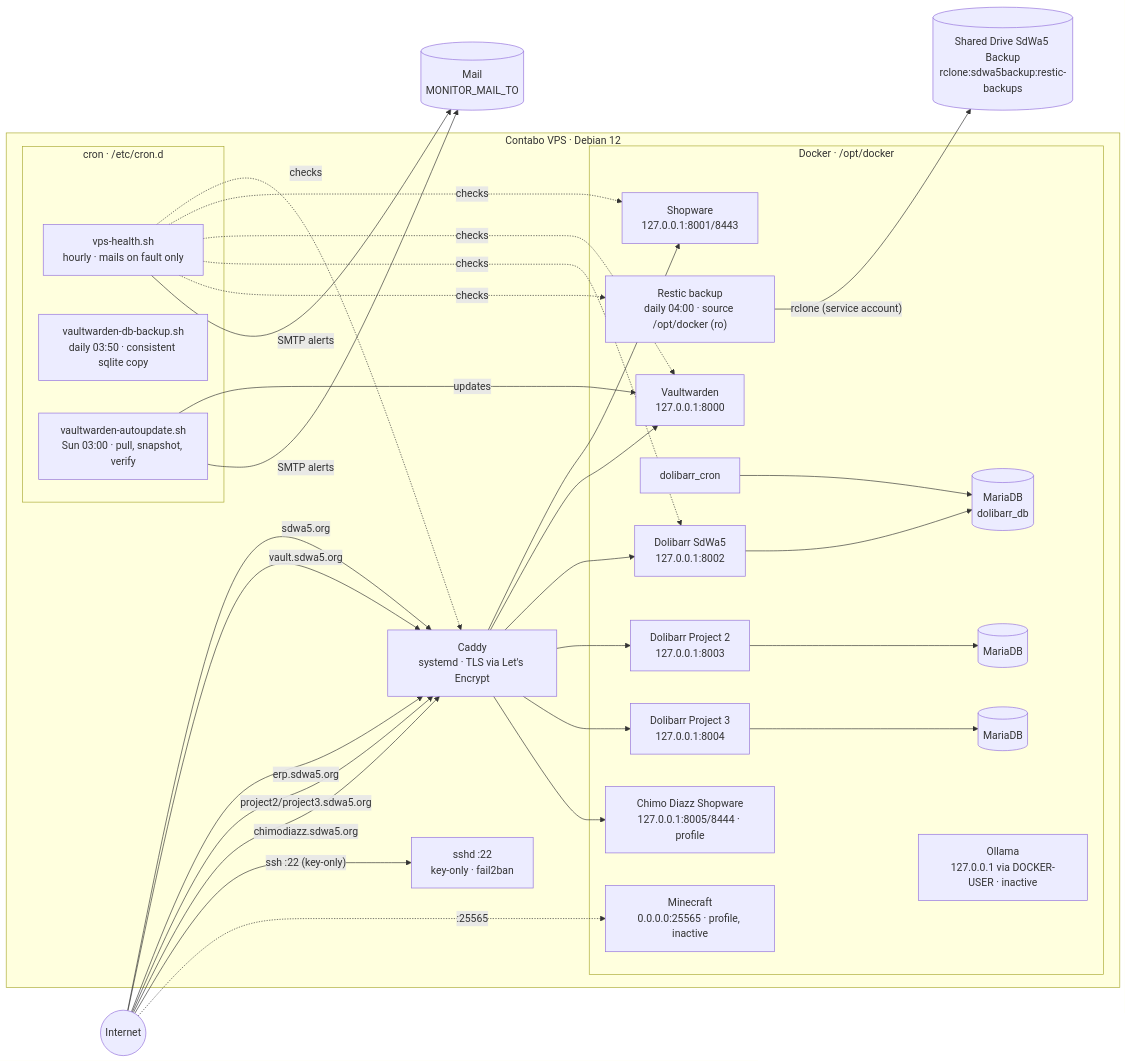
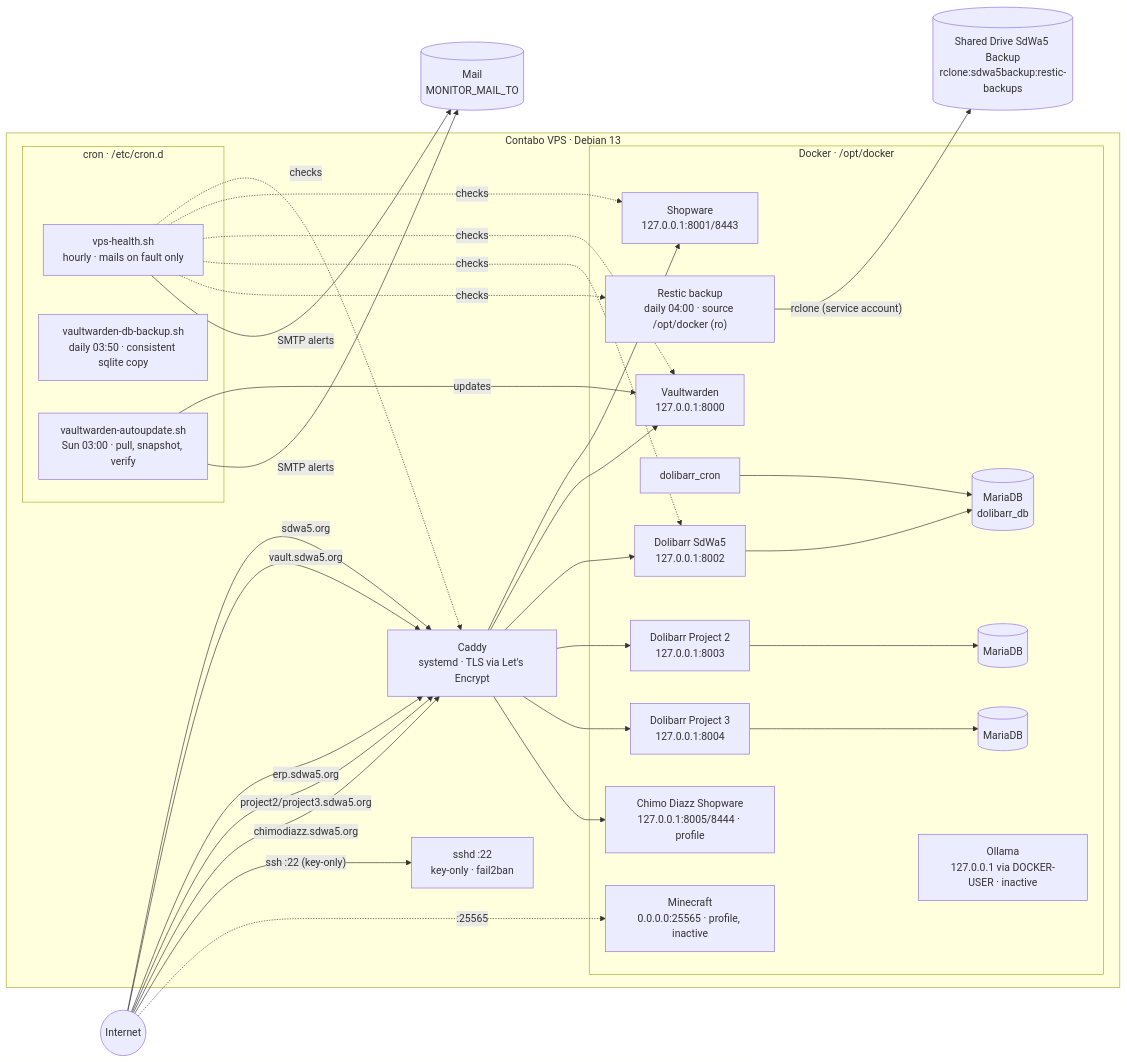
The diagram in docs/infrastructure.md (SdWa5/vps), drawn with Mermaid before and after one commit. The commit also changed other lines of this file and 6 other files, not shown here.

First line of the commit message:
feature/dolibarr-23.0.4-debian-13-prep sdwa5-vps 1.71.4

````diff
--- a/docs/infrastructure.md
+++ b/docs/infrastructure.md
@@ -7,52 +7,52 @@
 ```mermaid
 flowchart LR
     U((Internet))
 
-    subgraph vps ["Contabo VPS · Debian 12"]
+    subgraph vps ["Contabo VPS · Debian 13"]
         C["Caddy<br/>systemd · TLS via Let's Encrypt"]
 
         subgraph docker ["Docker · /opt/docker"]
             SW["Shopware<br/>127.0.0.1:8001/8443"]
             VW["Vaultwarden<br/>127.0.0.1:8000"]
             DL["Dolibarr SdWa5<br/>127.0.0.1:8002"]
             DLC["dolibarr_cron"]
             DLDB[("MariaDB<br/>dolibarr_db")]
             P2["Dolibarr Project 2<br/>127.0.0.1:8003"]
             P2DB[("MariaDB")]
             P3["Dolibarr Project 3<br/>127.0.0.1:8004"]
             CDW["Chimo Diazz Shopware<br/>127.0.0.1:8005/8444 · profile"]
             P3DB[("MariaDB")]
             OL["Ollama<br/>127.0.0.1 via DOCKER-USER · inactive"]
             MC["Minecraft<br/>0.0.0.0:25565 · profile, inactive"]
             RS["Restic backup<br/>daily 04:00 · source /opt/docker (ro)"]
         end
 
         subgraph cron ["cron · /etc/cron.d"]
             HC["vps-health.sh<br/>hourly · mails on fault only"]
             DB["vaultwarden-db-backup.sh<br/>daily 03:50 · consistent sqlite copy"]
             AU["vaultwarden-autoupdate.sh<br/>Sun 03:00 · pull, snapshot, verify"]
         end
 
         SSHD["sshd :22<br/>key-only · fail2ban"]
     end
 
     GD[("Shared Drive SdWa5 Backup<br/>rclone:sdwa5backup:restic-backups")]
     U -- " sdwa5.org " --> C
     U -- " vault.sdwa5.org " --> C
     U -- " erp.sdwa5.org " --> C
     U -- " project2/project3.sdwa5.org " --> C
     U -- " chimodiazz.sdwa5.org " --> C
     U -- " ssh :22 (key-only) " --> SSHD
     U -. " :25565 " .-> MC
     C --> SW & VW & DL
     C --> P2 & P3
     C --> CDW
     DL --> DLDB
     DLC --> DLDB
     P2 --> P2DB
     P3 --> P3DB
     RS -- " rclone (service account) " --> GD
     HC -. " checks " .-> C & SW & VW & DL & RS
     AU -- " updates " --> VW
     HC & AU -- " SMTP alerts " --> MB[("Mail<br/>MONITOR_MAIL_TO")]
 ```
````
